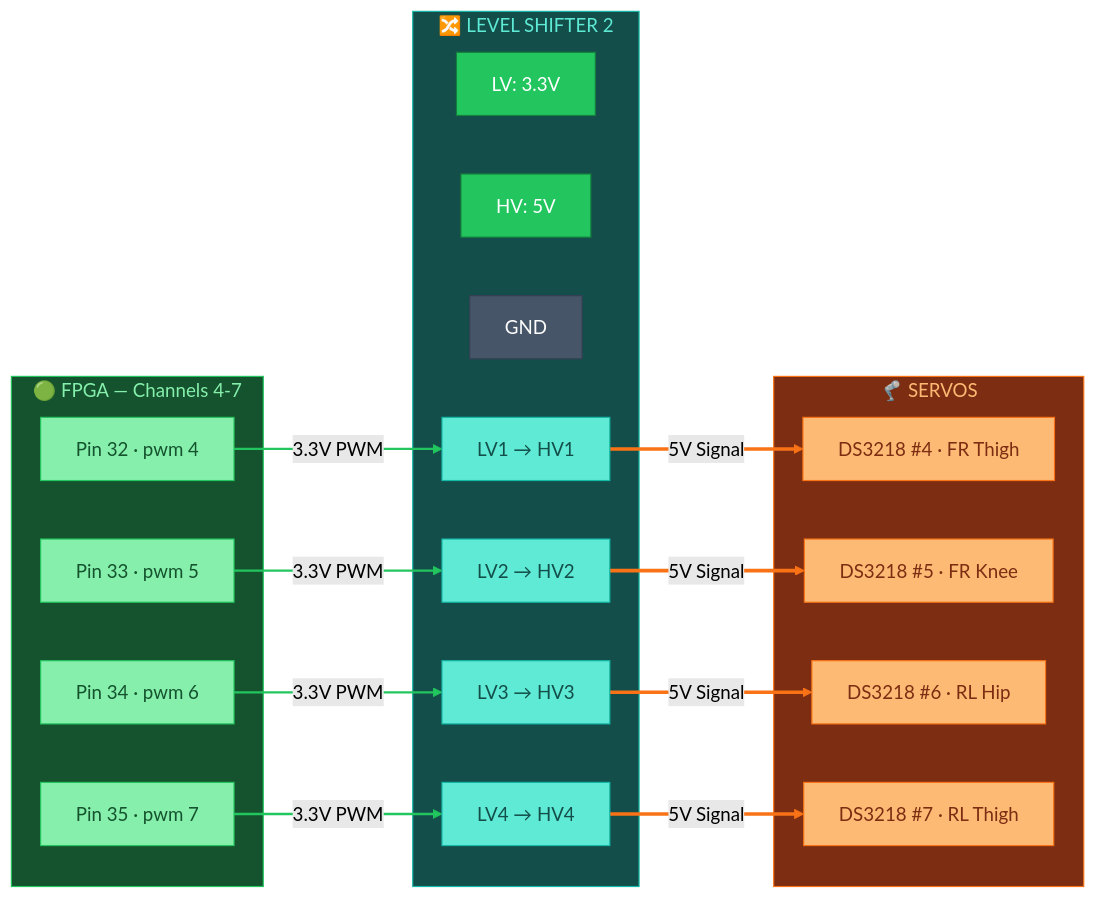
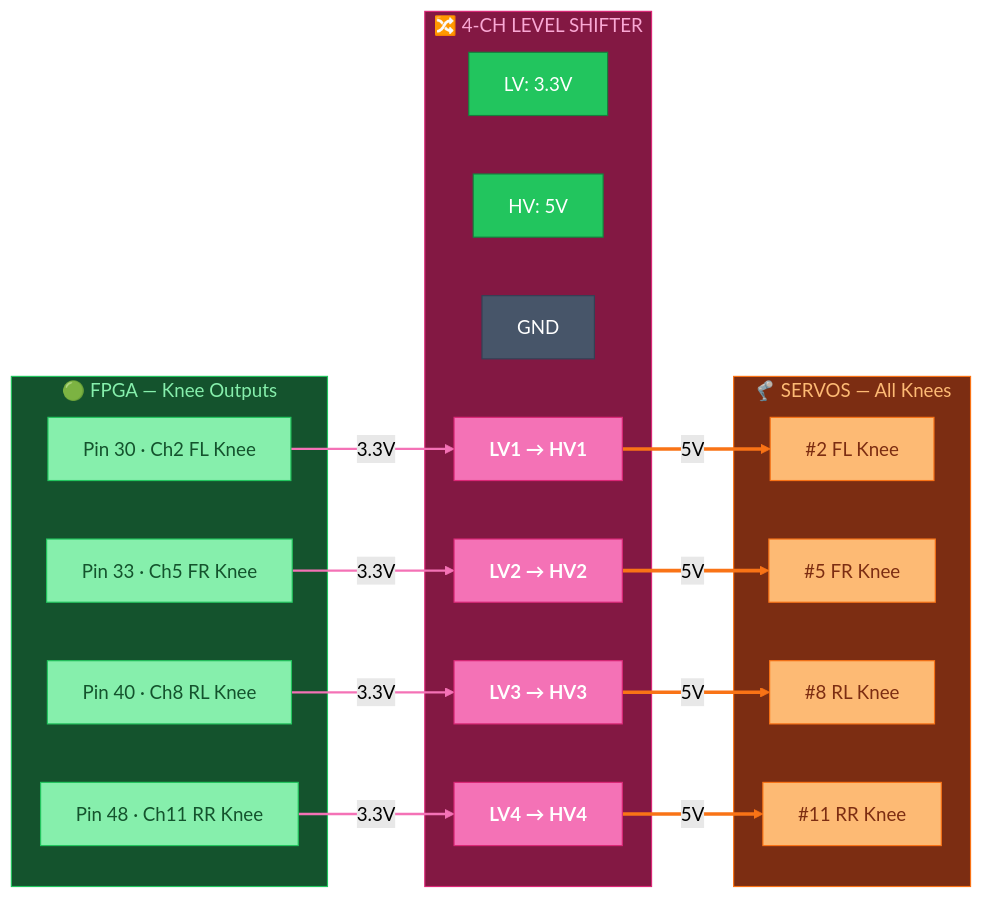
One commit to Major-Project-001/VIGIL-RQ changed the fourth of 4 diagrams in control/docs/wiring_pwm.md. Above: the diagram before and after it, drawn with Mermaid (forest theme). The commit also changed other lines of this file and 1 other file, not shown here.

Commit message:
docs: update PWM wiring for 8-ch + 4-ch level shifters, knees grouped on 4-ch

````diff
--- a/control/docs/wiring_pwm.md
+++ b/control/docs/wiring_pwm.md
@@ -273,49 +295,49 @@
 ```mermaid
 graph LR
     classDef fpgaPin fill:#86efac,stroke:#22c55e,color:#14532d
-    classDef lsPin fill:#5eead4,stroke:#14b8a6,color:#134e4a
+    classDef ls4 fill:#f472b6,stroke:#db2777,color:#fff,font-weight:bold
     classDef servoPin fill:#fdba74,stroke:#f97316,color:#7c2d12
     classDef vcc fill:#22c55e,stroke:#15803d,color:#fff
     classDef gnd fill:#475569,stroke:#334155,color:#fff
 
-    subgraph FPGA_C47["🟢 FPGA — Channels 4-7"]
-        FB4["Pin 32 · pwm 4"]:::fpgaPin
-        FB5["Pin 33 · pwm 5"]:::fpgaPin
-        FB6["Pin 34 · pwm 6"]:::fpgaPin
-        FB7["Pin 35 · pwm 7"]:::fpgaPin
+    subgraph FPGA_KNEE["🟢 FPGA — Knee Outputs"]
+        FK2["Pin 30 · Ch2 FL Knee"]:::fpgaPin
+        FK5["Pin 33 · Ch5 FR Knee"]:::fpgaPin
+        FK8["Pin 40 · Ch8 RL Knee"]:::fpgaPin
+        FK11["Pin 48 · Ch11 RR Knee"]:::fpgaPin
     end
 
-    subgraph LS2_D["🔀 LEVEL SHIFTER 2"]
+    subgraph LS2_D["🔀 4-CH LEVEL SHIFTER"]
         LS2D_LV["LV: 3.3V"]:::vcc
         LS2D_HV["HV: 5V"]:::vcc
         LS2D_GND["GND"]:::gnd
-        LS2D_A1["LV1 → HV1"]:::lsPin
-        LS2D_A2["LV2 → HV2"]:::lsPin
-        LS2D_A3["LV3 → HV3"]:::lsPin
-        LS2D_A4["LV4 → HV4"]:::lsPin
+        LS2D_1["LV1 → HV1"]:::ls4
+        LS2D_2["LV2 → HV2"]:::ls4
+        LS2D_3["LV3 → HV3"]:::ls4
+        LS2D_4["LV4 → HV4"]:::ls4
     end
 
-    subgraph SRV2["🦿 SERVOS"]
-        SB4["DS3218 #4 · FR Thigh"]:::servoPin
-        SB5["DS3218 #5 · FR Knee"]:::servoPin
-        SB6["DS3218 #6 · RL Hip"]:::servoPin
-        SB7["DS3218 #7 · RL Thigh"]:::servoPin
+    subgraph SRV_KNEE["🦿 SERVOS — All Knees"]
+        S2["#2 FL Knee"]:::servoPin
+        S5["#5 FR Knee"]:::servoPin
+        S8["#8 RL Knee"]:::servoPin
+        S11["#11 RR Knee"]:::servoPin
     end
 
-    FB4 -->|"3.3V PWM"| LS2D_A1
-    FB5 -->|"3.3V PWM"| LS2D_A2
-    FB6 -->|"3.3V PWM"| LS2D_A3
-    FB7 -->|"3.3V PWM"| LS2D_A4
+    FK2 -->|"3.3V"| LS2D_1
+    FK5 -->|"3.3V"| LS2D_2
+    FK8 -->|"3.3V"| LS2D_3
+    FK11 -->|"3.3V"| LS2D_4
 
-    LS2D_A1 ==>|"5V Signal"| SB4
-    LS2D_A2 ==>|"5V Signal"| SB5
-    LS2D_A3 ==>|"5V Signal"| SB6
-    LS2D_A4 ==>|"5V Signal"| SB7
+    LS2D_1 ==>|"5V"| S2
+    LS2D_2 ==>|"5V"| S5
+    LS2D_3 ==>|"5V"| S8
+    LS2D_4 ==>|"5V"| S11
 
-    linkStyle 0,1,2,3 stroke:#22c55e,stroke-width:2px
+    linkStyle 0,1,2,3 stroke:#f472b6,stroke-width:2px
     linkStyle 4,5,6,7 stroke:#f97316,stroke-width:3px
 
-    style FPGA_C47 fill:#14532d,stroke:#22c55e,color:#86efac
-    style LS2_D fill:#134e4a,stroke:#14b8a6,color:#5eead4
-    style SRV2 fill:#7c2d12,stroke:#f97316,color:#fdba74
+    style FPGA_KNEE fill:#14532d,stroke:#22c55e,color:#86efac
+    style LS2_D fill:#831843,stroke:#db2777,color:#f9a8d4
+    style SRV_KNEE fill:#7c2d12,stroke:#f97316,color:#fdba74
 ```
````
